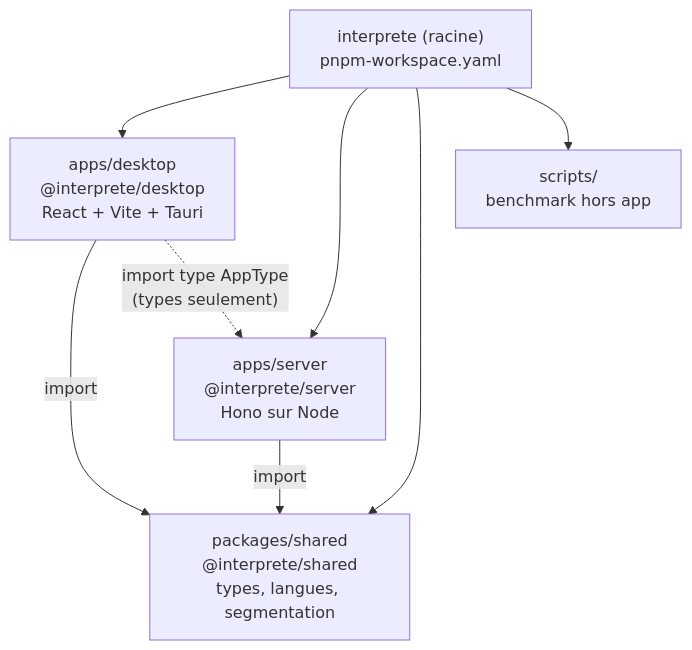
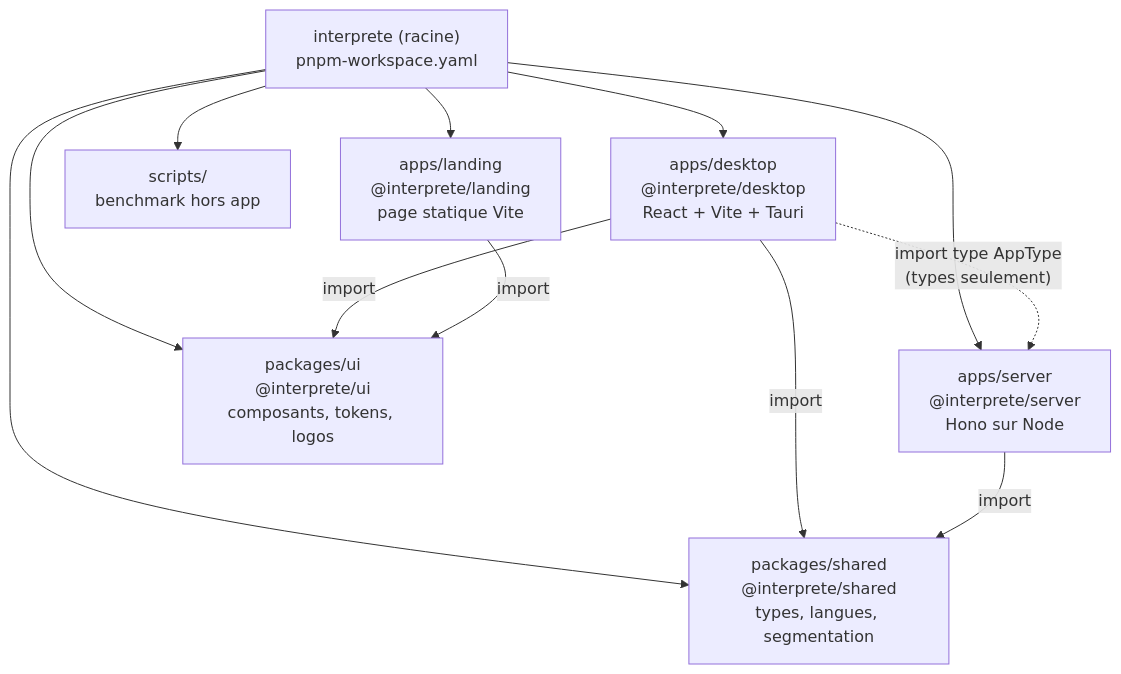
One commit to kevinrss01/interprete-live-v2 changed the second of 6 diagrams in docs/architecture.md. Above: the diagram before and after it, drawn with Mermaid. The commit also changed other lines of this file and 38 other files, not shown here.

First line of the commit message:
Extract the design system into @interprete/ui and add a landing page

````diff
--- a/docs/architecture.md
+++ b/docs/architecture.md
@@ -49,13 +49,17 @@
 ```mermaid
 flowchart TB
   Root["interprete (racine)<br/>pnpm-workspace.yaml"]
   Desktop["apps/desktop<br/>@interprete/desktop<br/>React + Vite + Tauri"]
   Server["apps/server<br/>@interprete/server<br/>Hono sur Node"]
   Shared["packages/shared<br/>@interprete/shared<br/>types, langues, segmentation"]
+  Landing["apps/landing<br/>@interprete/landing<br/>page statique Vite"]
+  UI["packages/ui<br/>@interprete/ui<br/>composants, tokens, logos"]
   Scripts["scripts/<br/>benchmark hors app"]
 
-  Root --> Desktop & Server & Shared & Scripts
+  Root --> Desktop & Server & Shared & Landing & UI & Scripts
+  Desktop -- "import" --> UI
+  Landing -- "import" --> UI
   Desktop -- "import" --> Shared
   Server -- "import" --> Shared
   Desktop -. "import type AppType<br/>(types seulement)" .-> Server
 ```
````
